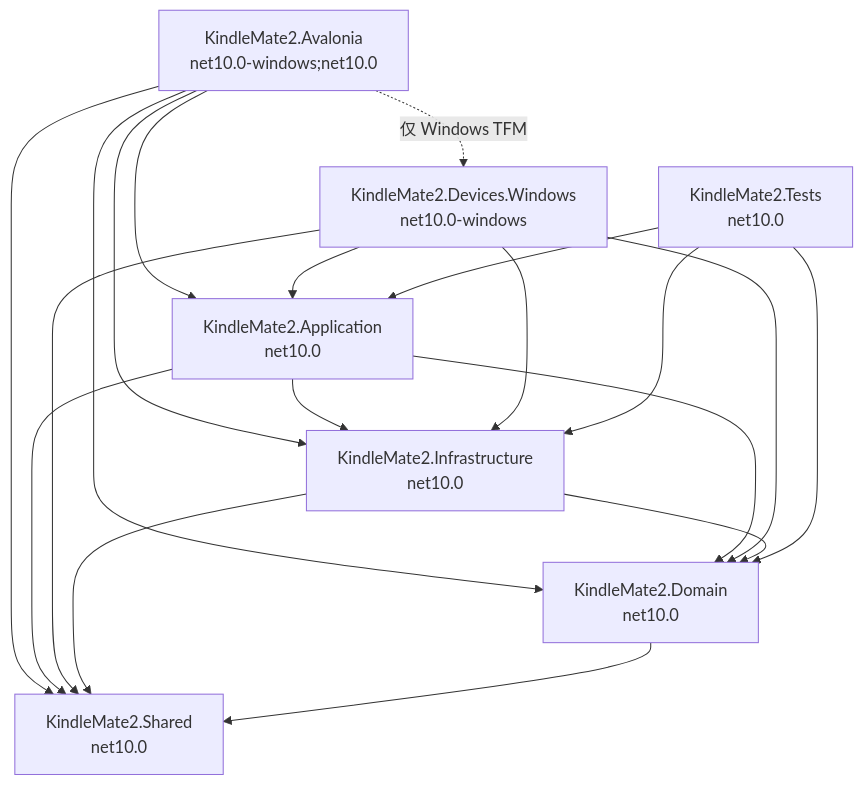
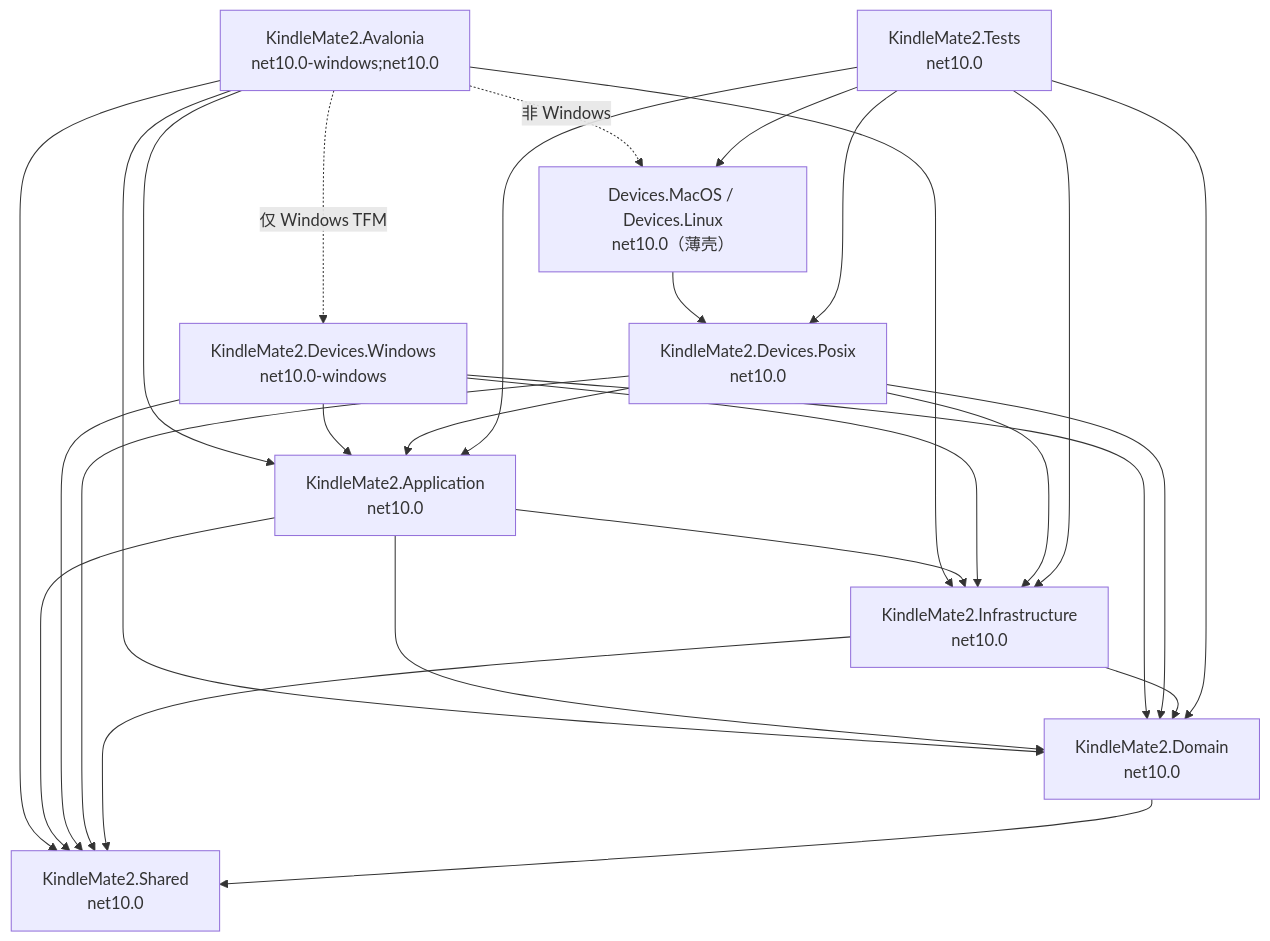
Before and after one commit to lzcapp/KindleMate2: the diagram in arch.md, drawn with Mermaid. The commit also changed other lines of this file, not shown here.

````diff
--- a/arch.md
+++ b/arch.md
@@ -48,26 +53,35 @@
 ```mermaid
 graph TD
     UI["KindleMate2.Avalonia<br/>net10.0-windows;net10.0"] --> APP["KindleMate2.Application<br/>net10.0"]
     UI --> INF["KindleMate2.Infrastructure<br/>net10.0"]
     UI --> DOM["KindleMate2.Domain<br/>net10.0"]
     UI --> SH["KindleMate2.Shared<br/>net10.0"]
     UI -. "仅 Windows TFM" .-> DEV["KindleMate2.Devices.Windows<br/>net10.0-windows"]
+    UI -. "非 Windows" .-> POS["Devices.MacOS / Devices.Linux<br/>net10.0（薄壳）"]
 
     APP --> DOM
     APP --> INF
     APP --> SH
 
     DEV --> APP
     DEV --> DOM
     DEV --> INF
     DEV --> SH
 
+    POS --> POSIX["KindleMate2.Devices.Posix<br/>net10.0"]
+    POSIX --> APP
+    POSIX --> DOM
+    POSIX --> INF
+    POSIX --> SH
+
     INF --> DOM
     INF --> SH
 
     DOM --> SH
 
     T["KindleMate2.Tests<br/>net10.0"] --> APP
     T --> INF
     T --> DOM
+    T --> POS
+    T --> POSIX
 ```
````
